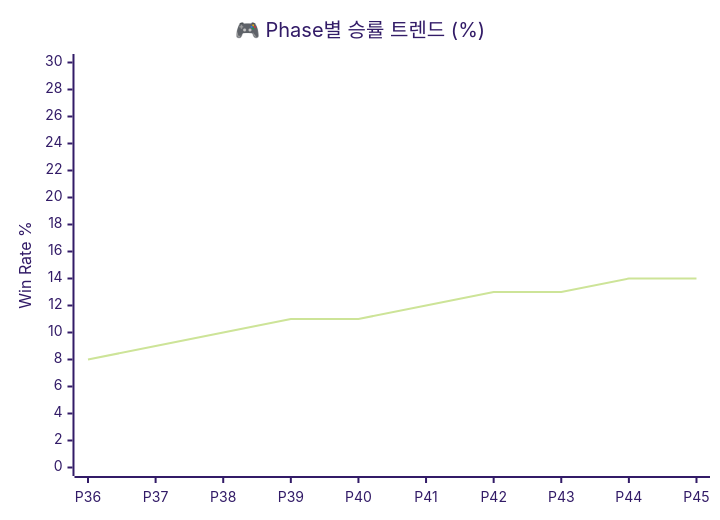
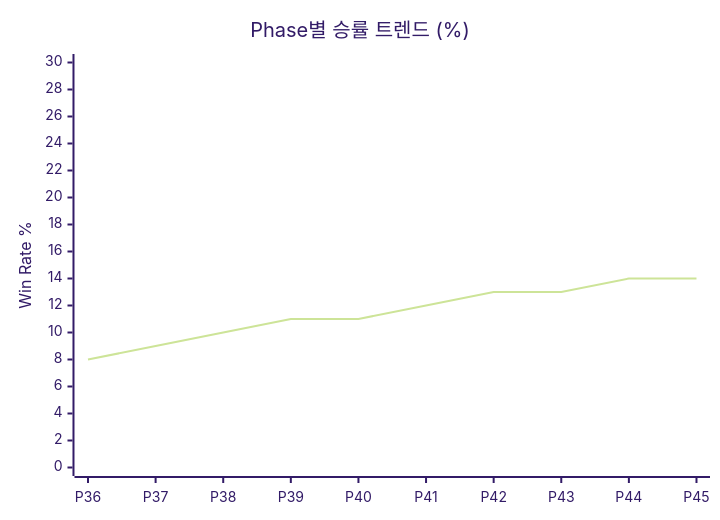
Before and after one commit to sun475300-sudo/Swarm-control-in-sc2bot: the seventh of 26 diagrams in README.md, drawn with Mermaid (forest theme). The commit also changed other lines of this file, not shown here.

````diff
--- a/README.md
+++ b/README.md
@@ -456,7 +431,7 @@
 ```mermaid
 xychart-beta
-    title "🎮 Phase별 승률 트렌드 (%)"
+    title "Phase별 승률 트렌드 (%)"
     x-axis [P36, P37, P38, P39, P40, P41, P42, P43, P44, P45]
     y-axis "Win Rate %" 0 --> 30
     line [8, 9, 10, 11, 11, 12, 13, 13, 14, 14]
 ```
````
